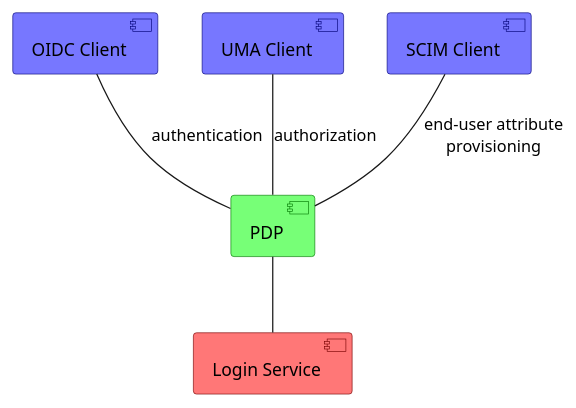
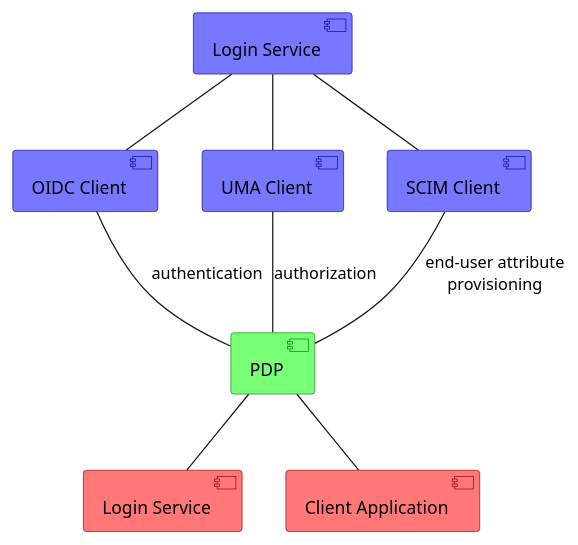
Before and after one commit to EOEPCA/master-system-icd: the diagram in docs/03.user-management/include/pdp-context.wsd, drawn with PlantUML. The commit also changed 6 other files, not shown here.

Commit message:
EOEPCA-149 user profile diagrams

```diff
--- a/docs/03.user-management/include/pdp-context.wsd
+++ b/docs/03.user-management/include/pdp-context.wsd
@@ -1,41 +1,47 @@
 @startuml "PDP Context"
 
 hide stereotype
 
 /'------------------------------------------------------------------------------
   Components
 ------------------------------------------------------------------------------'/
 [PDP] as PDP <<pdp>>
 ["OIDC Client"] as "OIDC Client" <<provider>>
 ["UMA Client"] as "UMA Client" <<provider>>
 ["SCIM Client"] as "SCIM Client" <<provider>>
 ["Login Service"] as "Login Service" <<consumer>>
+["Client Application"] as "Client Application" <<consumer>>
+["Login Service 2"] as "Login Service" <<provider>>
 
 /'------------------------------------------------------------------------------
   Top row
 ------------------------------------------------------------------------------'/
 ["OIDC Client"] -- [PDP]: authentication
 ["UMA Client"] -- [PDP]: authorization
 ["SCIM Client"] -- [PDP]: end-user attribute\nprovisioning
+["Login Service 2"] -- ["OIDC Client"]
+["Login Service 2"] -- ["UMA Client"]
+["Login Service 2"] -- ["SCIM Client"]
 
 /'------------------------------------------------------------------------------
   Bottom row
 ------------------------------------------------------------------------------'/
 [PDP] -- ["Login Service"]
+[PDP] -- ["Client Application"]
 
 skinparam component<<pdp>> {
     BackgroundColor #77ff77
     BorderColor #007700
 }
 
 skinparam component<<consumer>> {
     BackgroundColor #ff7777
     BorderColor #770000
 }
 
 skinparam component<<provider>> {
     BackgroundColor #7777ff
     BorderColor #000077
 }
 
 @enduml
```
